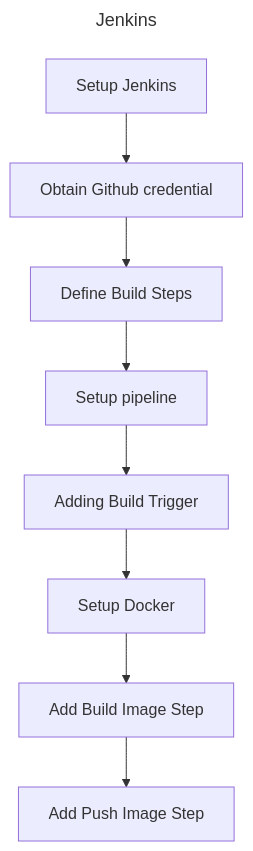
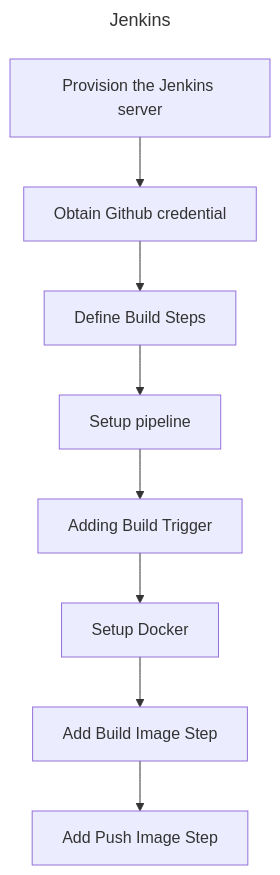
One commit to dinh-van-tran/VTI changed the second of 2 diagrams in README.md. Above: the diagram before and after it, drawn with Mermaid. The commit also changed other lines of this file, not shown here.

````diff
--- a/README.md
+++ b/README.md
@@ -135,14 +135,14 @@
 ```mermaid
 ---
 title: Jenkins
 ---
 flowchart TB
-    setup-jenkins[Setup Jenkins] -->
+    provision-the-jenkins-server[Provision the Jenkins server] -->
     obtain-github-credential[Obtain Github credential] -->
     define-build-steps[Define Build Steps] -->
     setup-pipeline[Setup pipeline] -->
     adding-build-trigger[Adding Build Trigger] -->
     setup-docker[Setup Docker] -->
     add-build-image-step[Add Build Image Step] -->
     add-push-image-step[Add Push Image Step]
 ```
````
